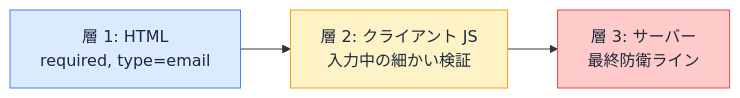
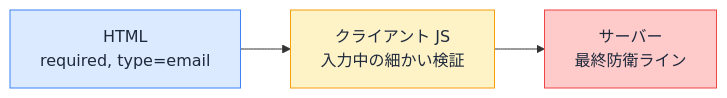
One commit to ozaki25/web-front-training-ozaki25 changed the diagram in docs/drafts/095/index.md. Above: the diagram before and after it, drawn with Mermaid. The commit also changed other lines of this file and 1 other file, not shown here.

````diff
--- a/docs/drafts/095/index.md
+++ b/docs/drafts/095/index.md
@@ -13,8 +13,8 @@
 ```mermaid
 flowchart LR
-  A["層 1: HTML<br>required, type=email"] --> B["層 2: クライアント JS<br>入力中の細かい検証"]
-  B --> C["層 3: サーバー<br>最終防衛ライン"]
+  A["HTML<br>required, type=email"] --> B["クライアント JS<br>入力中の細かい検証"]
+  B --> C["サーバー<br>最終防衛ライン"]
   style A fill:#dbeafe,color:#1e293b,stroke:#3b82f6
   style B fill:#fef3c7,color:#1e293b,stroke:#f59e0b
   style C fill:#fecaca,color:#1e293b,stroke:#ef4444
 ```
````
